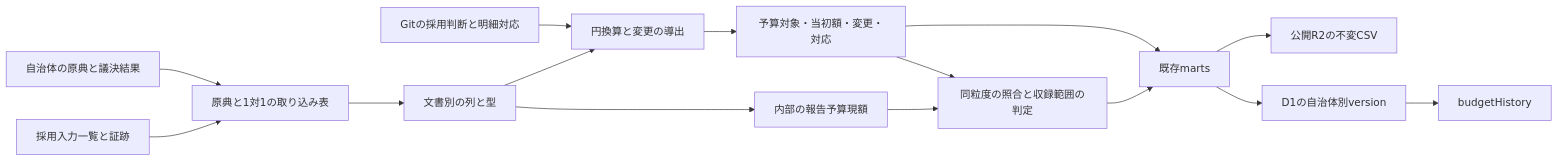
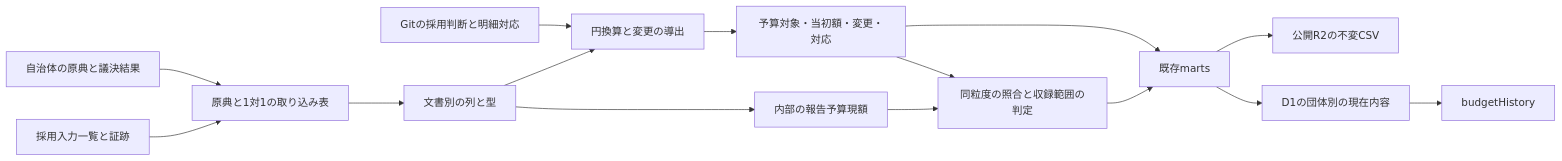
The diagram in docs/prd/fiscal-budget-history/design-doc.md (wwwyo/fudoki), drawn with Mermaid before and after one commit. The commit also changed other lines of this file and 3 other files, not shown here.

````diff
--- a/docs/prd/fiscal-budget-history/design-doc.md
+++ b/docs/prd/fiscal-budget-history/design-doc.md
@@ -20,17 +20,17 @@
 ```mermaid
 flowchart LR
     official[自治体の原典と議決結果] --> raw[原典と1対1の取り込み表]
     lock[採用入力一覧と証跡] --> raw
     raw --> staging[文書別の列と型]
     decisions[Gitの採用判断と明細対応] --> middle[円換算と変更の導出]
     staging --> middle
     middle --> history[予算対象・当初額・変更・対応]
     staging --> reported[内部の報告予算現額]
     history --> check[同粒度の照合と収録範囲の判定]
     reported --> check
     history --> marts[既存marts]
     check --> marts
     marts --> csv[公開R2の不変CSV]
-    marts --> d1[D1の自治体別version]
+    marts --> d1[D1の団体別の現在内容]
     d1 --> api[budgetHistory]
 ```
````
